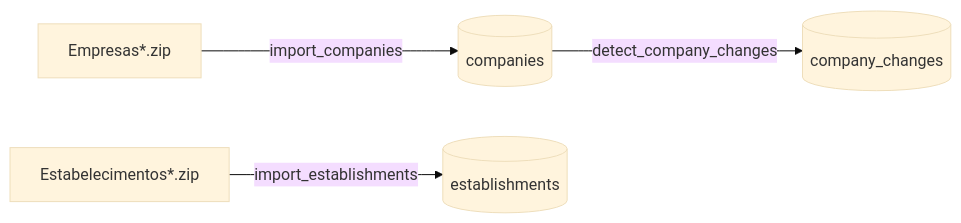
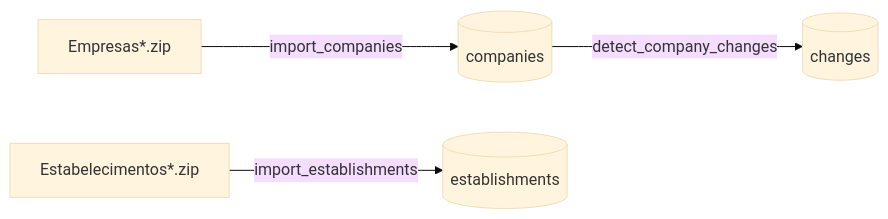
The diagram in services/ingestor/README.md (luizbahl/lince), drawn with Mermaid (base theme) before and after one commit. The commit also changed other lines of this file and 15 other files, not shown here.

````diff
--- a/services/ingestor/README.md
+++ b/services/ingestor/README.md
@@ -8,6 +8,6 @@
 ```mermaid
 flowchart LR
     ZIP[Empresas*.zip] -->|import_companies| C[(companies)]
     EZIP[Estabelecimentos*.zip] -->|import_establishments| E[(establishments)]
-    C -->|detect_company_changes| CC[(company_changes)]
+    C -->|detect_company_changes| CH[(changes)]
 ```
````
